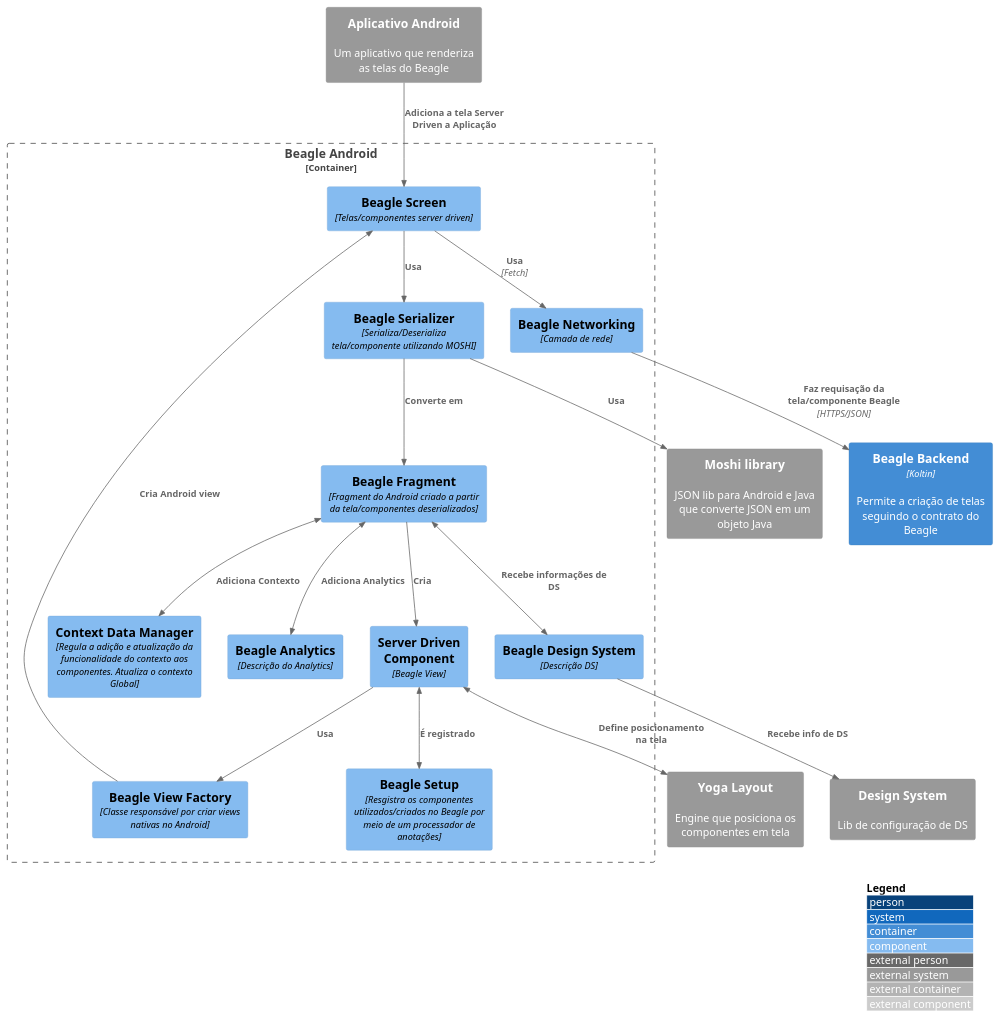
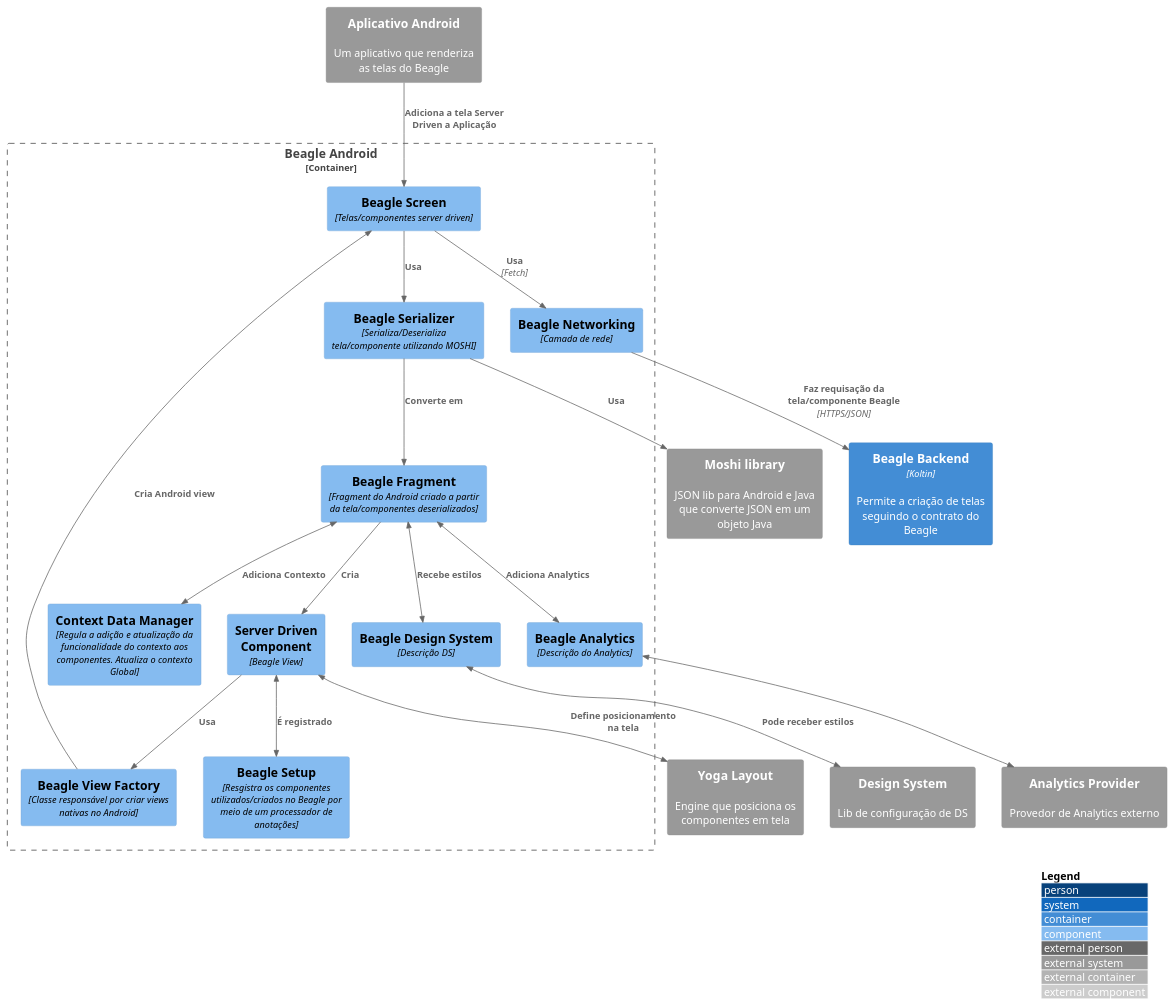
The diagram in pt-br/src/C3 -  Component/Beagle Android/c3.puml (ZupIT/beagle-c4model), drawn with PlantUML before and after one commit.

Commit message:
update android diagram

```diff
--- a/pt-br/src/C3 -  Component/Beagle Android/c3.puml
+++ b/pt-br/src/C3 -  Component/Beagle Android/c3.puml
@@ -1,41 +1,43 @@
 @startuml c2
 !include https://raw.githubusercontent.com/adrianvlupu/C4-PlantUML/latest/C4_Component.puml
 LAYOUT_WITH_LEGEND()
 
 System_Ext(frontend_app, "Aplicativo Android", "Um aplicativo que renderiza as telas do Beagle")
 System_Ext(moshi_lib, "Moshi library", "JSON lib para Android e Java que converte JSON em um objeto Java")
 System_Ext(yoga_layout, "Yoga Layout", "Engine que posiciona os componentes em tela")
 System_Ext(design_system, "Design System", "Lib de configuração de DS")
+System_Ext(analytics_provider, "Analytics Provider", "Provedor de Analytics externo")
 
 Container(beagle_backend, "Beagle Backend", "Koltin", "Permite a criação de telas seguindo o contrato do Beagle")
 
 Container_Boundary(beagle_android, "Beagle Android"){
   Component(beagle_networking, "Beagle Networking", "Camada de rede")
   Component(beagle_setup, "Beagle Setup", "Resgistra os componentes utilizados/criados no Beagle por meio de um processador de anotações")
   Component(beagle_screen, "Beagle Screen", "Telas/componentes server driven")
   Component(beagle_serializer, "Beagle Serializer", "Serializa/Deserializa tela/componente utilizando MOSHI")
   Component(server_driven_component, "Server Driven Component", "Beagle View")
   Component(view_factory, "Beagle View Factory", "Classe responsável por criar views nativas no Android")
   Component(beagle_fragment, "Beagle Fragment", "Fragment do Android criado a partir da tela/componentes deserializados")
   Component(context_data_manager, "Context Data Manager", "Regula a adição e atualização da funcionalidade do contexto aos componentes. Atualiza o contexto Global")
-  Component(analytic, "Beagle Analytics", "Descrição do Analytics")
+  Component(beagle_analytic, "Beagle Analytics", "Descrição do Analytics")
   Component(beagle_ds, "Beagle Design System", "Descrição DS")
 }
 
-BiRel(beagle_fragment, beagle_ds, "Recebe informações de DS")
-Rel(beagle_ds, design_system, "Recebe info de DS")
-BiRel(beagle_fragment, analytic, "Adiciona Analytics")
+BiRel(beagle_analytic, analytics_provider, "")
+BiRel(beagle_fragment, beagle_ds, "Recebe estilos")
+BiRel(beagle_ds, design_system, "Pode receber estilos")
+BiRel(beagle_fragment, beagle_analytic, "Adiciona Analytics")
 BiRel(beagle_fragment, context_data_manager, "Adiciona Contexto")
 Rel(beagle_serializer, beagle_fragment, "Converte em")
 Rel(frontend_app, beagle_screen, "Adiciona a tela Server Driven a Aplicação")
 Rel(beagle_screen, beagle_networking, "Usa", "Fetch")
 Rel(beagle_networking, beagle_backend, "Faz requisação da tela/componente Beagle","HTTPS/JSON")
 Rel(beagle_serializer, moshi_lib, "Usa")
 Rel(beagle_screen, beagle_serializer, "Usa")
 Rel(beagle_fragment, server_driven_component, "Cria")
 Rel(server_driven_component, view_factory, "Usa")
 Rel(view_factory, beagle_screen, "Cria Android view")
 BiRel(server_driven_component, beagle_setup, "É registrado")
 BiRel(server_driven_component, yoga_layout, "Define posicionamento na tela")
 
 @enduml
```
